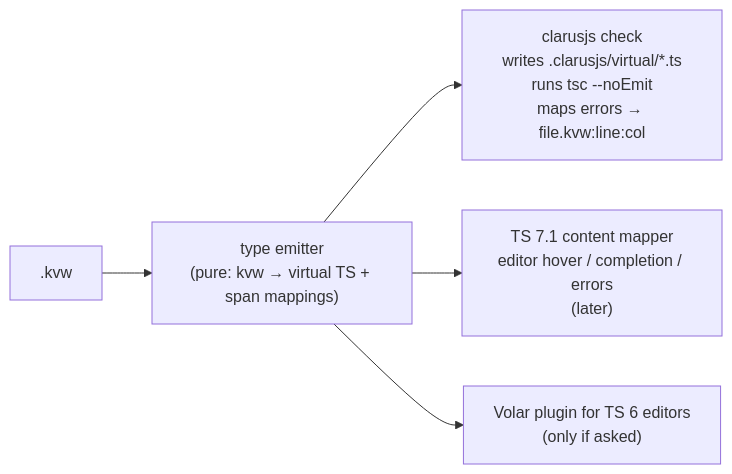
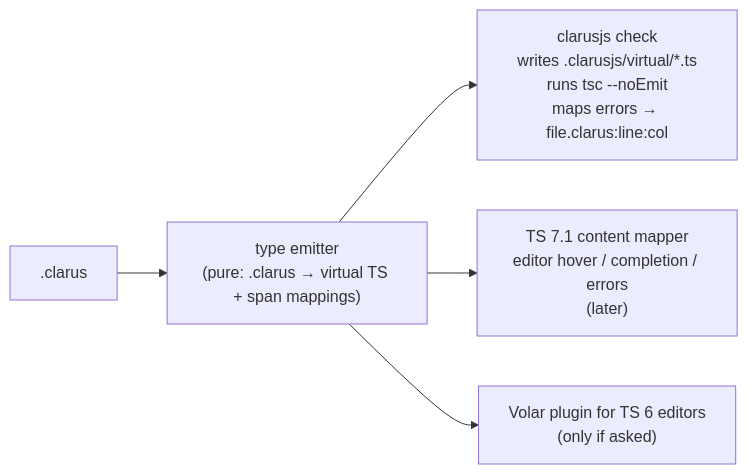
One commit to forinda/clarusjs changed the eighth of 8 diagrams in docs/architecture.md. Above: the diagram before and after it, drawn with Mermaid. The commit also changed other lines of this file and 31 other files, not shown here.

First line of the commit message:
chore: rename .kvw to .clarus and kv-* markers to cl-*

````diff
--- a/docs/architecture.md
+++ b/docs/architecture.md
@@ -468,7 +468,7 @@
 ```mermaid
 flowchart LR
-  KVW[".kvw"] --> GEN["type emitter<br/>(pure: kvw → virtual TS + span mappings)"]
-  GEN --> CLI["clarusjs check<br/>writes .clarusjs/virtual/*.ts<br/>runs tsc --noEmit<br/>maps errors → file.kvw:line:col"]
+  SRC[".clarus"] --> GEN["type emitter<br/>(pure: .clarus → virtual TS + span mappings)"]
+  GEN --> CLI["clarusjs check<br/>writes .clarusjs/virtual/*.ts<br/>runs tsc --noEmit<br/>maps errors → file.clarus:line:col"]
   GEN --> CM["TS 7.1 content mapper<br/>editor hover / completion / errors<br/>(later)"]
   GEN --> VOL["Volar plugin for TS 6 editors<br/>(only if asked)"]
 ```
````
